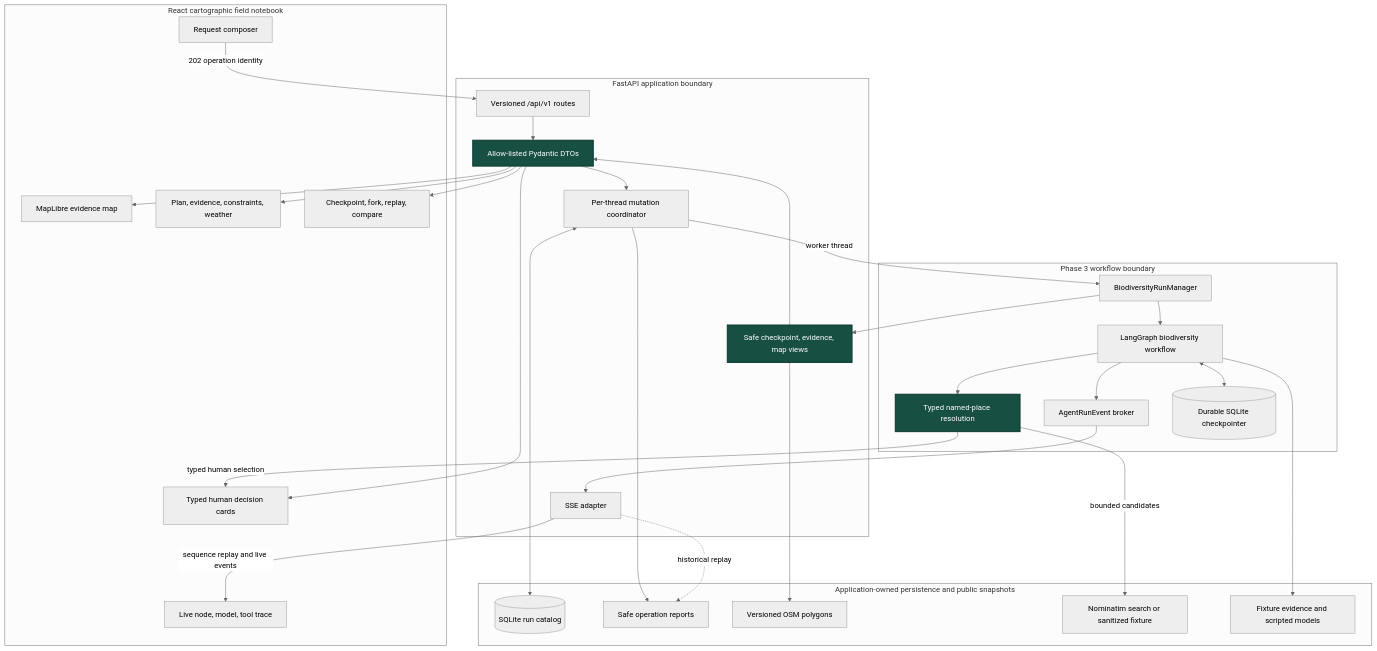
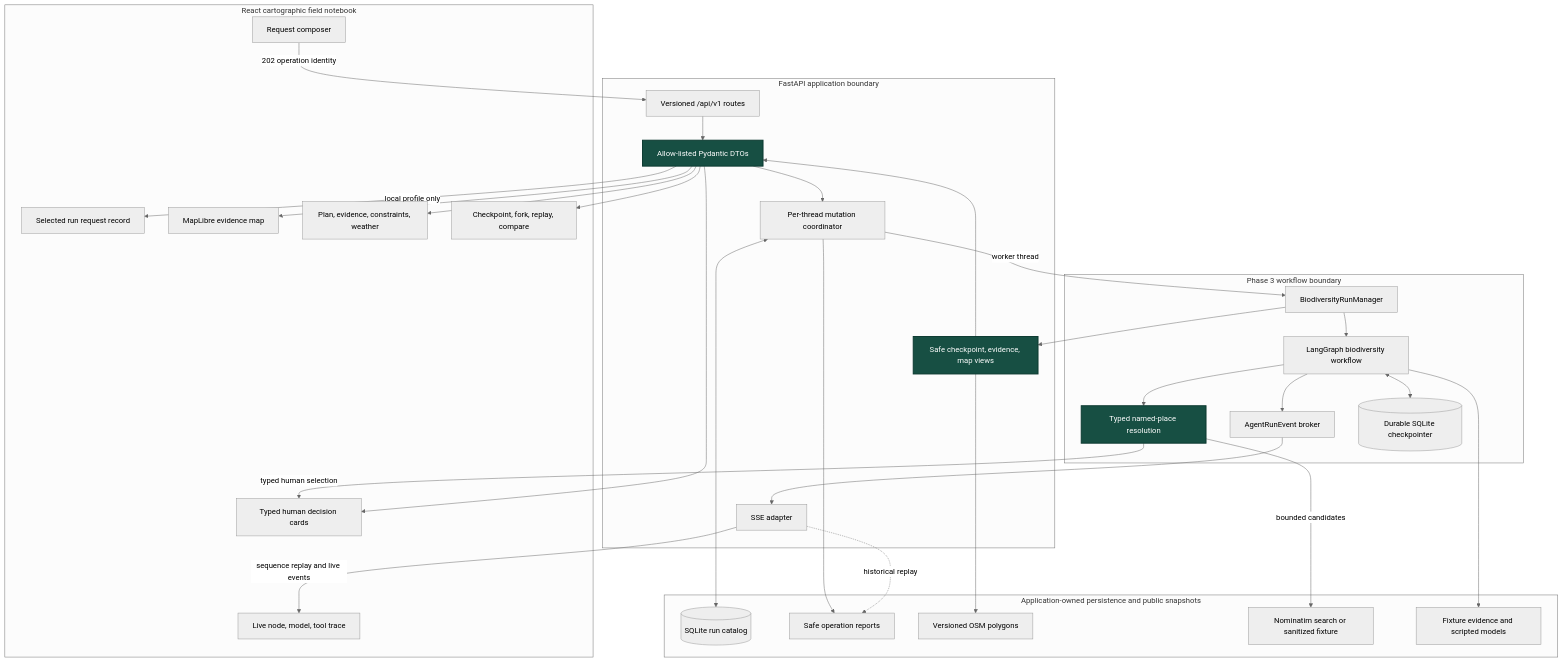
Before and after one commit to ttteein-max/london-birding-agent: the diagram in docs/diagrams/phase-4-visual-product.mmd, drawn with Mermaid (neutral theme). The commit also changed 14 other files, not shown here.

Commit message:
feat: show selected run request history

```diff
--- a/docs/diagrams/phase-4-visual-product.mmd
+++ b/docs/diagrams/phase-4-visual-product.mmd
@@ -1,60 +1,62 @@
 flowchart TB
     subgraph Browser[React cartographic field notebook]
         Composer[Request composer]
+        RequestRecord[Selected run request record]
         Map[MapLibre evidence map]
         Cards[Plan, evidence, constraints, weather]
         Trace[Live node, model, tool trace]
         HITL[Typed human decision cards]
         Travel[Checkpoint, fork, replay, compare]
     end
 
     subgraph API[FastAPI application boundary]
         Routes[Versioned /api/v1 routes]
         DTO[Allow-listed Pydantic DTOs]
         Coordinator[Per-thread mutation coordinator]
         SSE[SSE adapter]
         Views[Safe checkpoint, evidence, map views]
     end
 
     subgraph Runtime[Phase 3 workflow boundary]
         Manager[BiodiversityRunManager]
         Graph[LangGraph biodiversity workflow]
         Geocoder[Typed named-place resolution]
         Broker[AgentRunEvent broker]
         Checkpointer[(Durable SQLite checkpointer)]
     end
 
     subgraph ApplicationData[Application-owned persistence and public snapshots]
         Catalog[(SQLite run catalog)]
         Reports[Safe operation reports]
         OSM[Versioned OSM polygons]
         Nominatim[Nominatim search or sanitized fixture]
         Fixtures[Fixture evidence and scripted models]
     end
 
     Composer -->|202 operation identity| Routes
     Routes --> DTO
     DTO --> Coordinator
     Coordinator -->|worker thread| Manager
     Manager --> Graph
     Graph --> Geocoder
     Geocoder -->|bounded candidates| Nominatim
     Geocoder -->|typed human selection| HITL
     Graph <--> Checkpointer
     Graph --> Broker
     Broker --> SSE
     SSE -->|sequence replay and live events| Trace
     Manager --> Views
     Views --> DTO
     DTO --> Map
     DTO --> Cards
+    DTO -->|local profile only| RequestRecord
     DTO --> HITL
     DTO --> Travel
     Coordinator <--> Catalog
     Coordinator --> Reports
     SSE -. historical replay .-> Reports
     Views --> OSM
     Graph --> Fixtures
 
     classDef privacy fill:#174f43,color:#fff,stroke:#0b382f,stroke-width:2px;
     class DTO,Views,Geocoder privacy;
```
